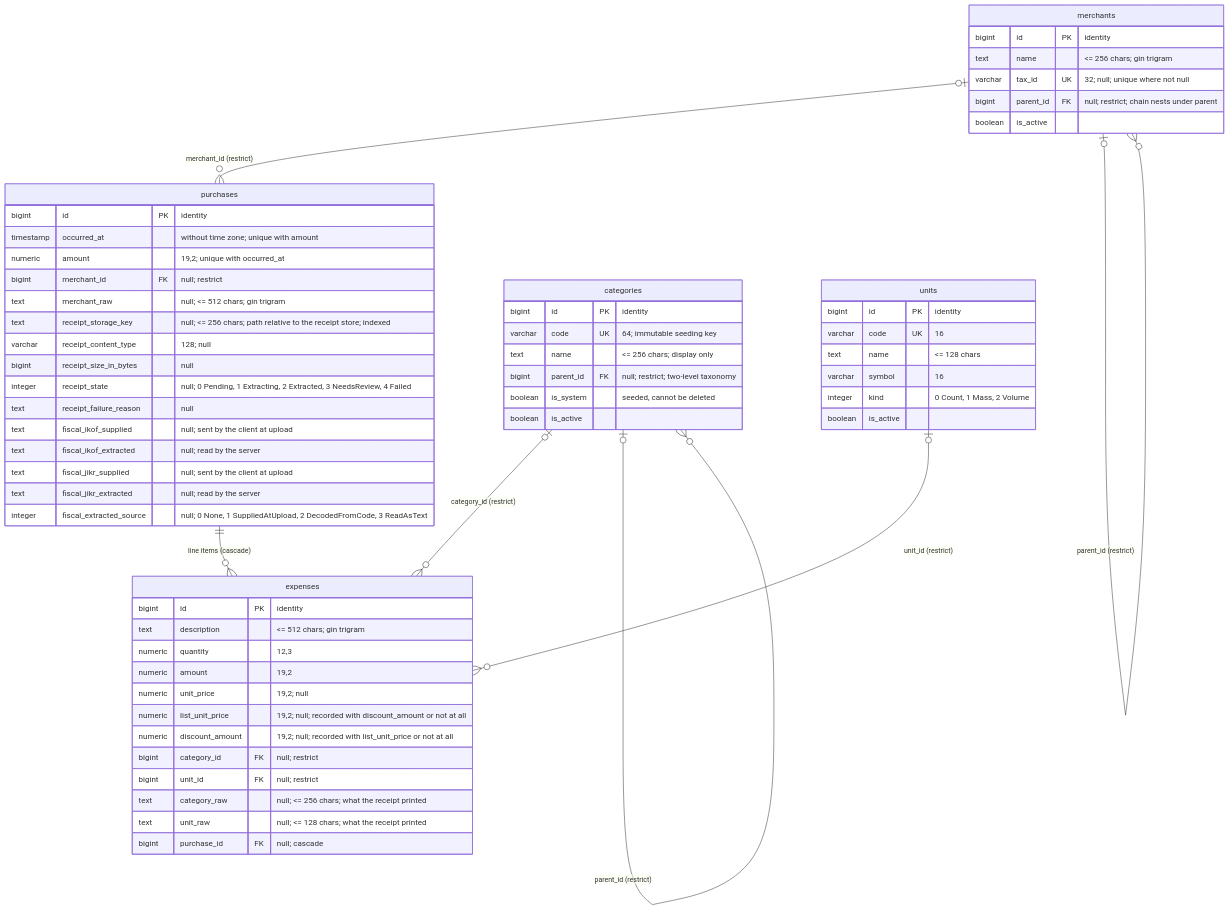
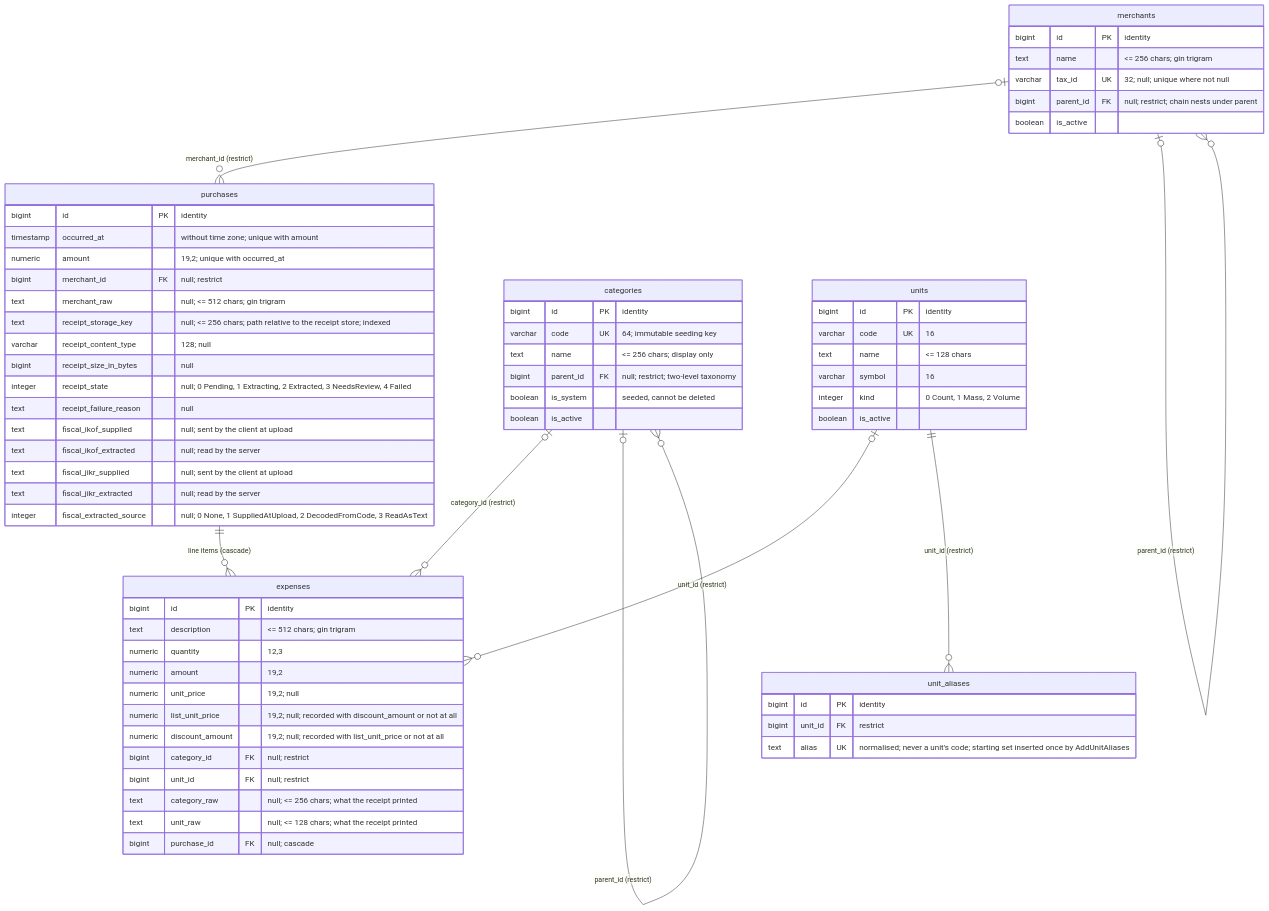
Before and after one commit to azhukov/expenses: the diagram in BE/db/schema.md, drawn with Mermaid. The commit also changed other lines of this file and 57 other files, not shown here.

````diff
--- a/BE/db/schema.md
+++ b/BE/db/schema.md
@@ -33,68 +33,75 @@
 ```mermaid
 erDiagram
     purchases ||--o{ expenses : "line items (cascade)"
     merchants |o--o{ purchases : "merchant_id (restrict)"
     categories |o--o{ expenses : "category_id (restrict)"
     units |o--o{ expenses : "unit_id (restrict)"
+    units ||--o{ unit_aliases : "unit_id (restrict)"
     categories |o--o{ categories : "parent_id (restrict)"
     merchants |o--o{ merchants : "parent_id (restrict)"
 
     purchases {
         bigint id PK "identity"
         timestamp occurred_at "without time zone; unique with amount"
         numeric amount "19,2; unique with occurred_at"
         bigint merchant_id FK "null; restrict"
         text merchant_raw "null; <= 512 chars; gin trigram"
         text receipt_storage_key "null; <= 256 chars; path relative to the receipt store; indexed"
         varchar receipt_content_type "128; null"
         bigint receipt_size_in_bytes "null"
         integer receipt_state "null; 0 Pending, 1 Extracting, 2 Extracted, 3 NeedsReview, 4 Failed"
         text receipt_failure_reason "null"
         text fiscal_ikof_supplied "null; sent by the client at upload"
         text fiscal_ikof_extracted "null; read by the server"
         text fiscal_jikr_supplied "null; sent by the client at upload"
         text fiscal_jikr_extracted "null; read by the server"
         integer fiscal_extracted_source "null; 0 None, 1 SuppliedAtUpload, 2 DecodedFromCode, 3 ReadAsText"
     }
 
     expenses {
         bigint id PK "identity"
         text description "<= 512 chars; gin trigram"
         numeric quantity "12,3"
         numeric amount "19,2"
         numeric unit_price "19,2; null"
         numeric list_unit_price "19,2; null; recorded with discount_amount or not at all"
         numeric discount_amount "19,2; null; recorded with list_unit_price or not at all"
         bigint category_id FK "null; restrict"
         bigint unit_id FK "null; restrict"
         text category_raw "null; <= 256 chars; what the receipt printed"
         text unit_raw "null; <= 128 chars; what the receipt printed"
         bigint purchase_id FK "null; cascade"
     }
 
     categories {
         bigint id PK "identity"
         varchar code UK "64; immutable seeding key"
         text name "<= 256 chars; display only"
         bigint parent_id FK "null; restrict; two-level taxonomy"
         boolean is_system "seeded, cannot be deleted"
         boolean is_active
     }
 
     units {
         bigint id PK "identity"
         varchar code UK "16"
         text name "<= 128 chars"
         varchar symbol "16"
         integer kind "0 Count, 1 Mass, 2 Volume"
         boolean is_active
     }
 
+    unit_aliases {
+        bigint id PK "identity"
+        bigint unit_id FK "restrict"
+        text alias UK "normalised; never a unit's code; starting set inserted once by AddUnitAliases"
+    }
+
     merchants {
         bigint id PK "identity"
         text name "<= 256 chars; gin trigram"
         varchar tax_id UK "32; null; unique where not null"
         bigint parent_id FK "null; restrict; chain nests under parent"
         boolean is_active
     }
 ```
````
